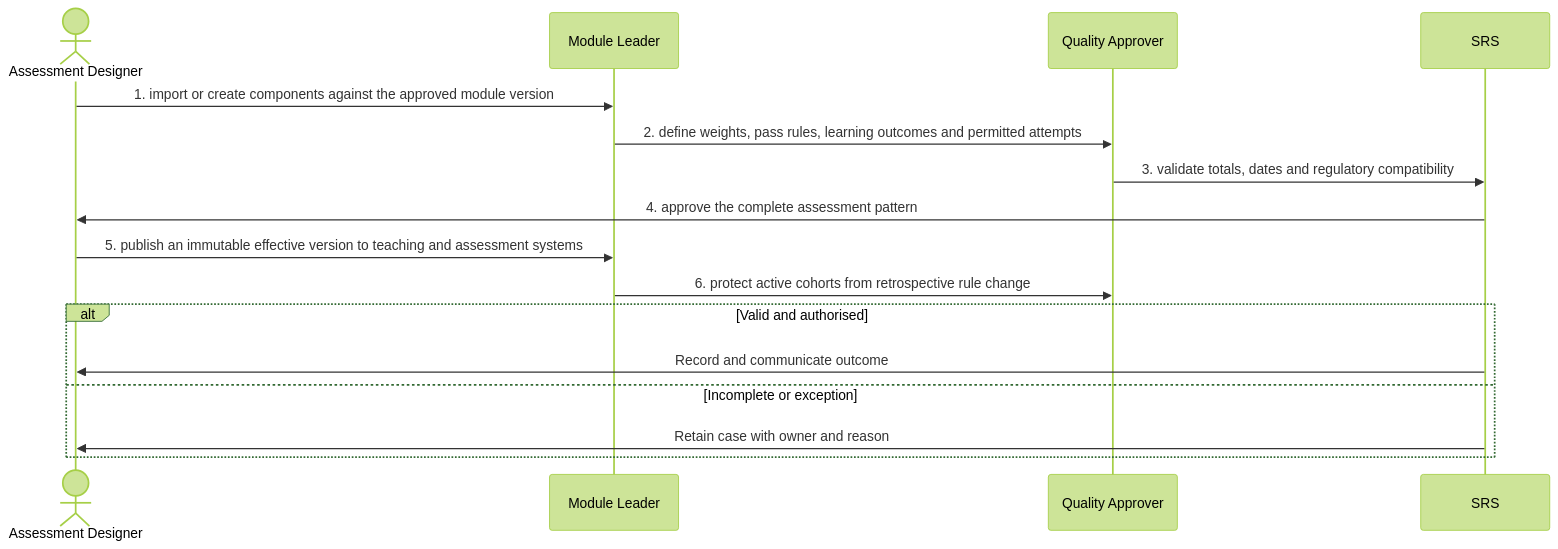
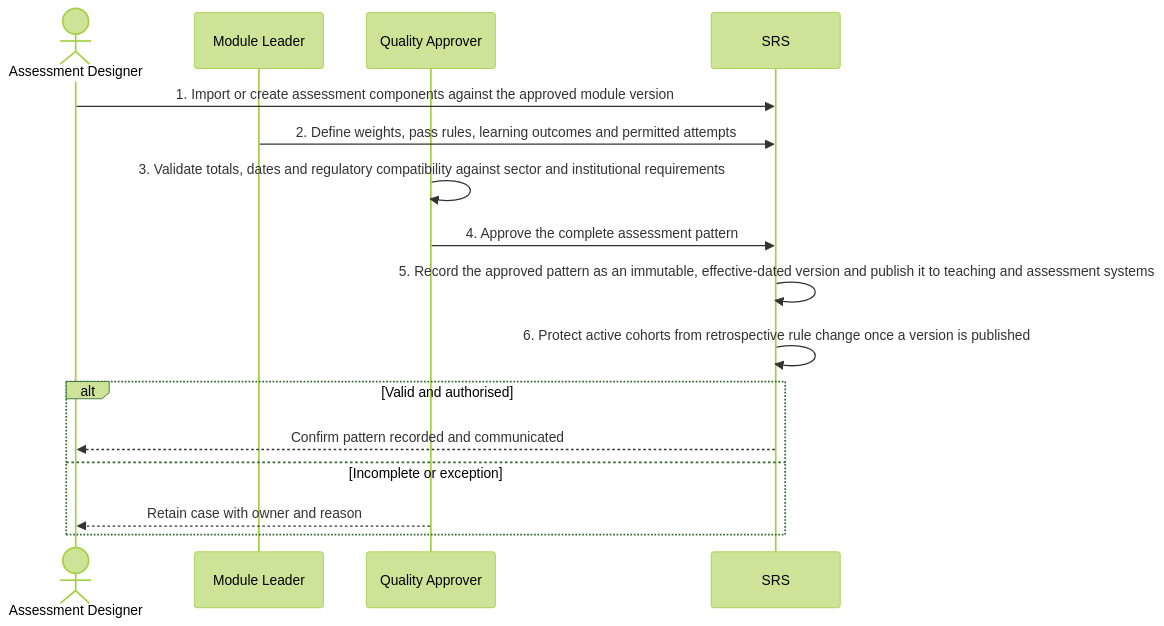
Before and after one commit to RevelationCore/Revelation-SRS: the diagram in docs/business-processes/05-assessment-and-results/bp-05-001-establish-assessment-structures.md, drawn with Mermaid (forest theme). The commit also changed other lines of this file and 96 other files, not shown here.

````diff
--- a/docs/business-processes/05-assessment-and-results/bp-05-001-establish-assessment-structures.md
+++ b/docs/business-processes/05-assessment-and-results/bp-05-001-establish-assessment-structures.md
@@ -158,18 +158,18 @@
 ```mermaid
 sequenceDiagram
     actor A1 as Assessment Designer
     participant A2 as Module Leader
     participant A3 as Quality Approver
     participant A4 as SRS
-    A1->>A2: 1. import or create components against the approved module version
-    A2->>A3: 2. define weights, pass rules, learning outcomes and permitted attempts
-    A3->>A4: 3. validate totals, dates and regulatory compatibility
-    A4->>A1: 4. approve the complete assessment pattern
-    A1->>A2: 5. publish an immutable effective version to teaching and assessment systems
-    A2->>A3: 6. protect active cohorts from retrospective rule change
+    A1->>A4: 1. Import or create assessment components against the approved module version
+    A2->>A4: 2. Define weights, pass rules, learning outcomes and permitted attempts
+    A3->>A3: 3. Validate totals, dates and regulatory compatibility against sector and institutional requirements
+    A3->>A4: 4. Approve the complete assessment pattern
+    A4->>A4: 5. Record the approved pattern as an immutable, effective-dated version and publish it to teaching and assessment systems
+    A4->>A4: 6. Protect active cohorts from retrospective rule change once a version is published
     alt Valid and authorised
-        A4->>A1: Record and communicate outcome
+        A4-->>A1: Confirm pattern recorded and communicated
     else Incomplete or exception
-        A4->>A1: Retain case with owner and reason
+        A3-->>A1: Retain case with owner and reason
     end
 ```
````
